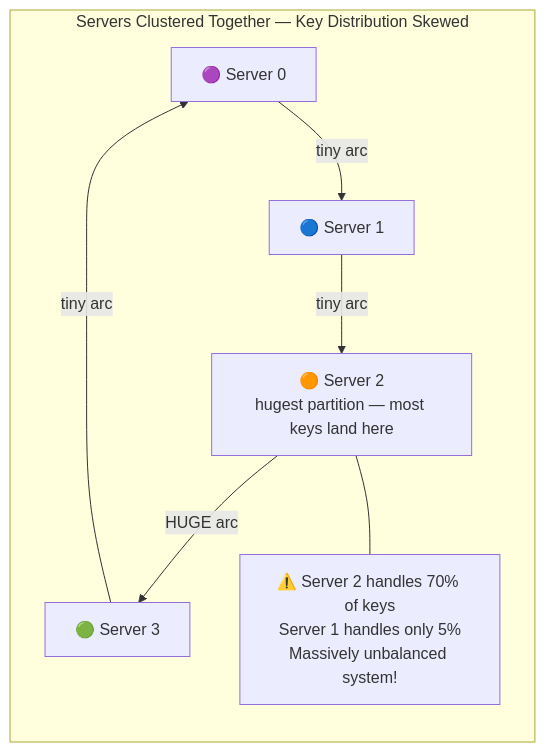
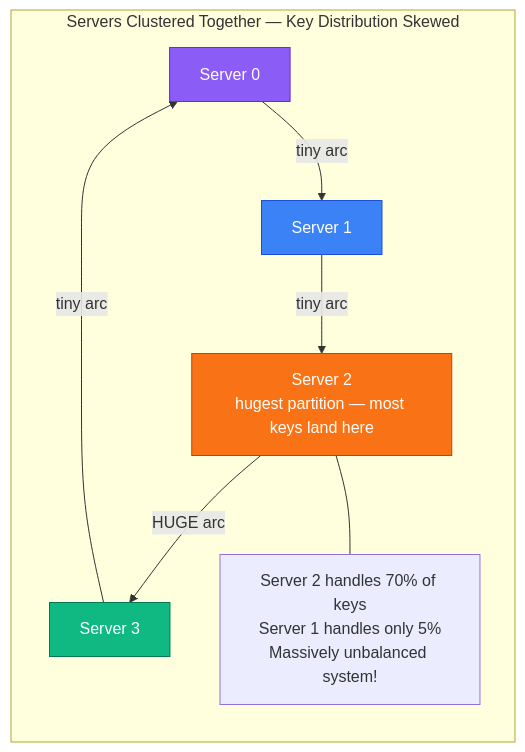
Before and after one commit to devops-monk/system-design-blog: the tenth of 23 diagrams in content/posts/2026/design-consistent-hashing.md, drawn with Mermaid. The commit also changed other lines of this file and 5 other files, not shown here.

````diff
--- a/content/posts/2026/design-consistent-hashing.md
+++ b/content/posts/2026/design-consistent-hashing.md
@@ -349,16 +377,20 @@
 ```mermaid
 graph LR
     subgraph CLUSTERED["Servers Clustered Together — Key Distribution Skewed"]
-        S0["🟣 Server 0"]
-        S1["🔵 Server 1"]
-        S2["🟠 Server 2\nhugest partition — most keys land here"]
-        S3["🟢 Server 3"]
-        WARN["⚠️ Server 2 handles 70% of keys\nServer 1 handles only 5%\nMassively unbalanced system!"]
+        S0["Server 0"]
+        S1["Server 1"]
+        S2["Server 2\nhugest partition — most keys land here"]
+        S3["Server 3"]
+        WARN["Server 2 handles 70% of keys\nServer 1 handles only 5%\nMassively unbalanced system!"]
 
         S3 -->|"tiny arc"| S0
         S0 -->|"tiny arc"| S1
         S1 -->|"tiny arc"| S2
         S2 -->|"HUGE arc"| S3
         S2 --- WARN
     end
+    style S0 fill:#8B5CF6,stroke:#6D28D9,color:#fff
+    style S1 fill:#3B82F6,stroke:#1D4ED8,color:#fff
+    style S2 fill:#F97316,stroke:#C2410C,color:#fff
+    style S3 fill:#10B981,stroke:#047857,color:#fff
 ```
````
